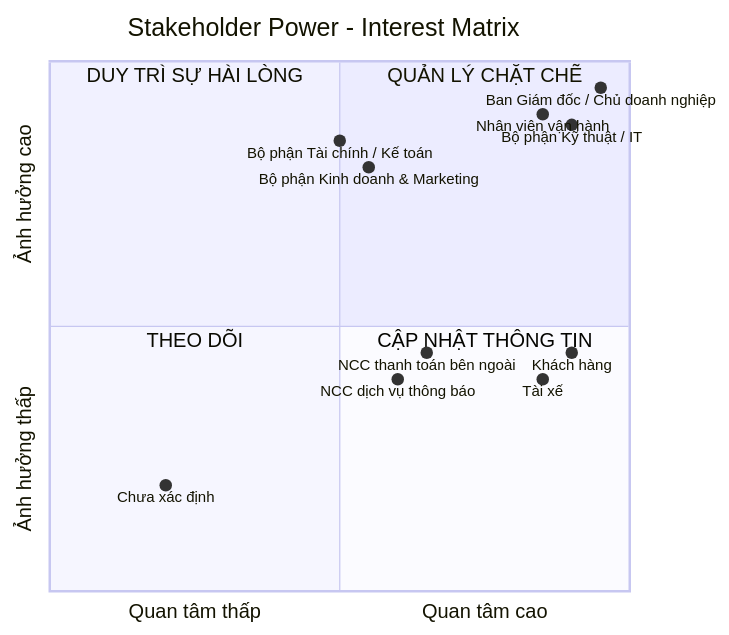
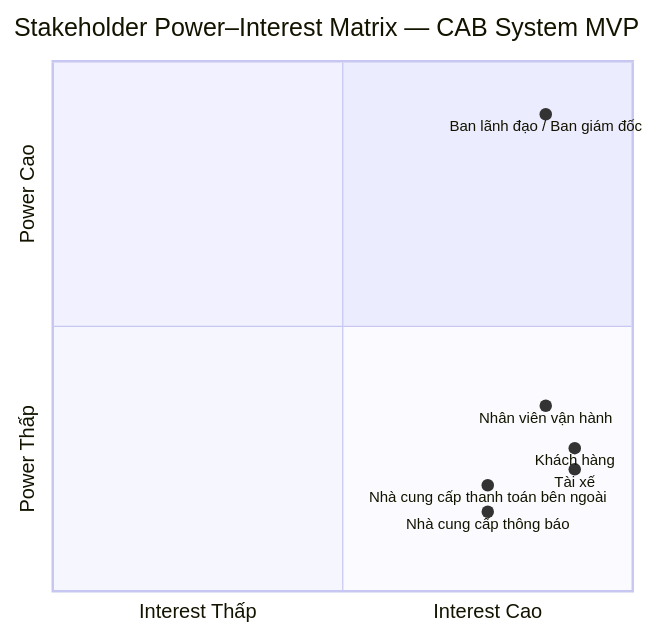
The first of 3 diagrams in README.md (DuyThuc110205/23641051_TranTrongDuythuc_cabsystem), drawn with Mermaid before and after one commit. The commit also changed other lines of this file, not shown here.

````diff
--- a/README.md
+++ b/README.md
@@ -36,26 +29,13 @@
 ```mermaid
 quadrantChart
-    title Stakeholder Power - Interest Matrix
+    title Stakeholder Power–Interest Matrix — CAB System MVP
+    x-axis "Interest Thấp" --> "Interest Cao"
+    y-axis "Power Thấp" --> "Power Cao"
 
-    x-axis "Quan tâm thấp" --> "Quan tâm cao"
-    y-axis "Ảnh hưởng thấp" --> "Ảnh hưởng cao"
-
-    quadrant-1 "QUẢN LÝ CHẶT CHẼ"
-    quadrant-2 "DUY TRÌ SỰ HÀI LÒNG"
-    quadrant-3 "THEO DÕI"
-    quadrant-4 "CẬP NHẬT THÔNG TIN"
-
-    "Ban Giám đốc / Chủ doanh nghiệp": [0.95, 0.95]
-    "Nhân viên vận hành": [0.85, 0.90]
-    "Bộ phận Kỹ thuật / IT": [0.90, 0.88]
-
-    "Bộ phận Tài chính / Kế toán": [0.50, 0.85]
-    "Bộ phận Kinh doanh & Marketing": [0.55, 0.80]
-
-    "Khách hàng": [0.90, 0.45]
-    "Tài xế": [0.85, 0.40]
-    "NCC thanh toán bên ngoài": [0.65, 0.45]
-    "NCC dịch vụ thông báo": [0.60, 0.40]
-
-    "Chưa xác định": [0.20, 0.20]
+    "Ban lãnh đạo / Ban giám đốc": [0.85, 0.90]
+    "Nhân viên vận hành": [0.85, 0.35]
+    "Khách hàng": [0.90, 0.27]
+    "Tài xế": [0.90, 0.23]
+    "Nhà cung cấp thanh toán bên ngoài": [0.75, 0.20]
+    "Nhà cung cấp thông báo": [0.75, 0.15]
 ```
````
